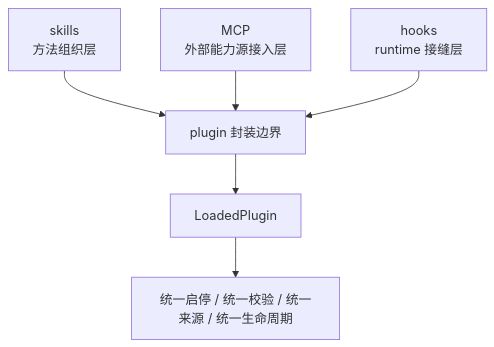
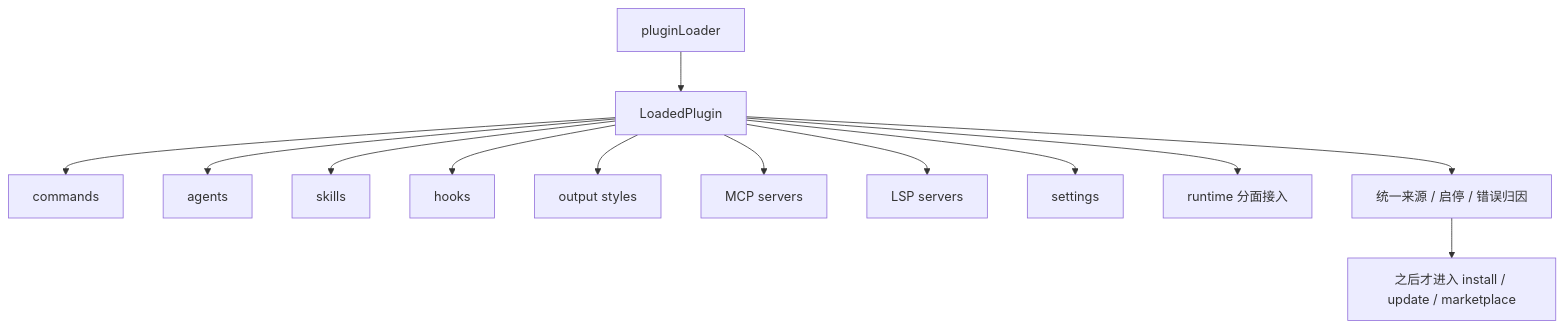
The diagram in docs/guidebookv2/volume-5/23-what-layer-plugins-occupy-relative-to-other-extension-objects.md (T0UGH/claude-code-source-guide), drawn with Mermaid before and after one commit. The commit also changed other lines of this file, not shown here.

Commit message:
rewrite volume 5 article 23 around LoadedPlugin runtime identity

````diff
--- a/docs/guidebookv2/volume-5/23-what-layer-plugins-occupy-relative-to-other-extension-objects.md
+++ b/docs/guidebookv2/volume-5/23-what-layer-plugins-occupy-relative-to-other-extension-objects.md
@@ -42,8 +45,16 @@
 ```mermaid
 flowchart TD
-    A[skills\n方法组织层] --> D[plugin 封装边界]
-    B[MCP\n外部能力源接入层] --> D
-    C[hooks\nruntime 接缝层] --> D
-    D --> E[LoadedPlugin]
-    E --> F[统一启停 / 统一校验 / 统一来源 / 统一生命周期]
+    A[LoadedPlugin] --> B[commands]
+    A --> C[agents]
+    A --> D[skills]
+    A --> E[hooks]
+    A --> F[output styles]
+    A --> G[MCP servers]
+    A --> H[LSP servers]
+    A --> I[settings]
+
+    J[pluginLoader] --> A
+    A --> K[runtime 分面接入]
+    A --> L[统一来源 / 启停 / 错误归因]
+    L --> M[之后才进入 install / update / marketplace]
 ```
````
